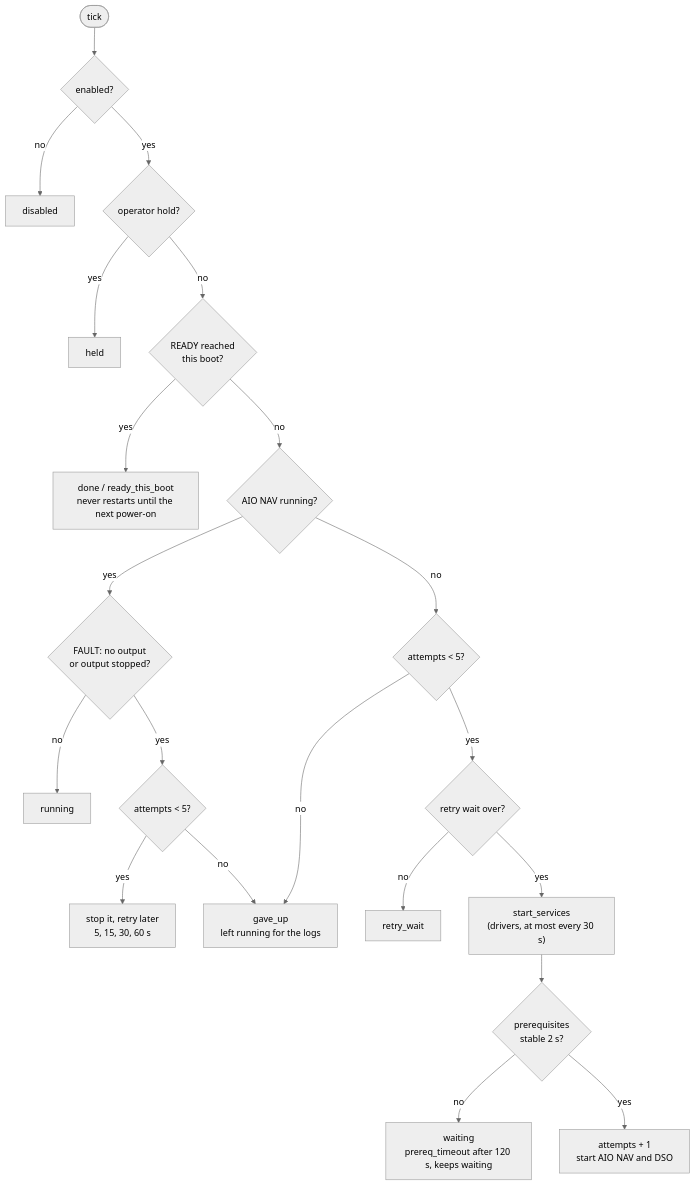
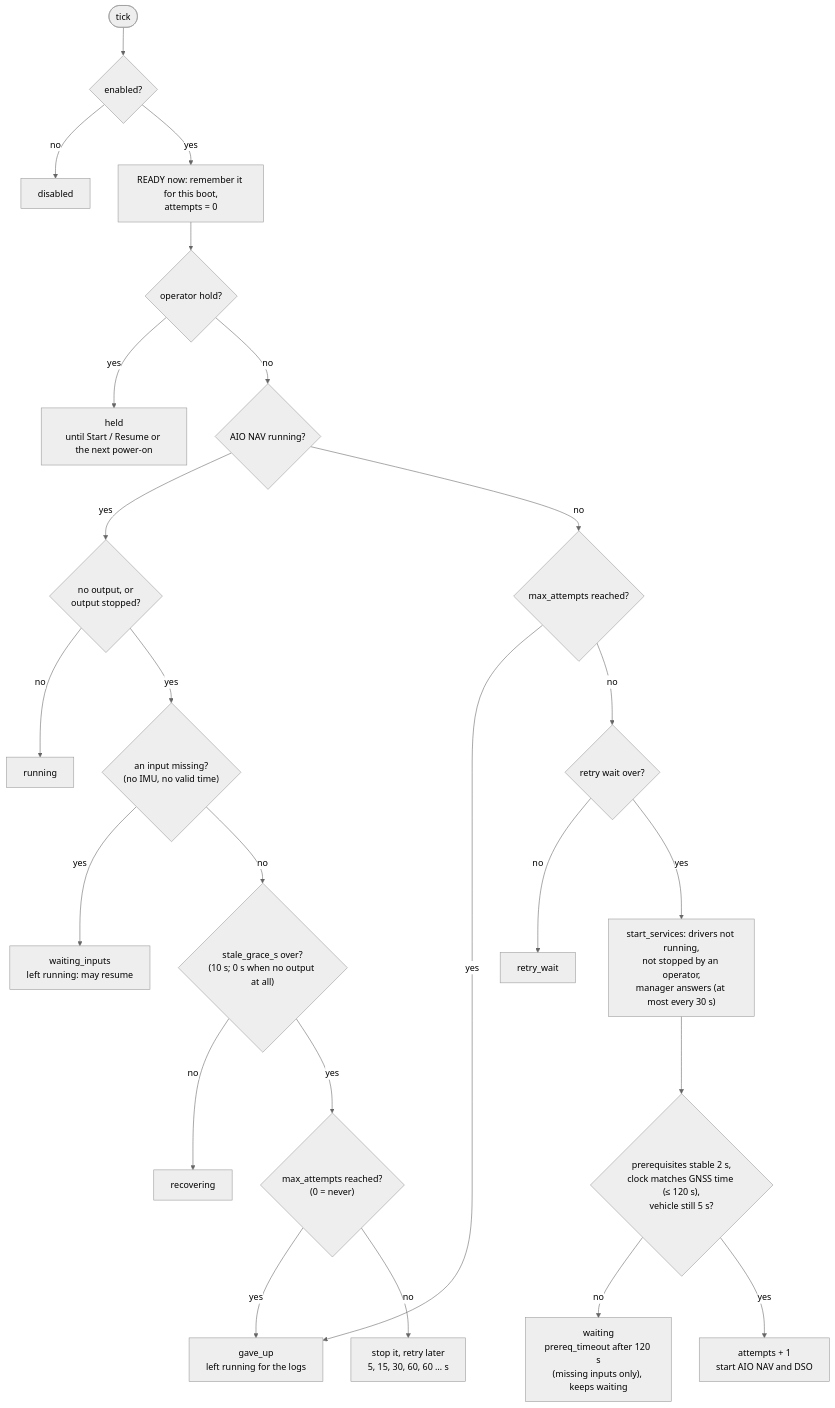
Before and after one commit to lemongrasses/web_monitor: the fourth of 6 diagrams in docs/FLOWS.md, drawn with Mermaid (neutral theme). The commit also changed other lines of this file and 4 other files, not shown here.

Commit message:
docs: installer system changes in both configuration manuals; hotspot copies need iw; FLOWS autostart chart matches the coordinator

````diff
--- a/docs/FLOWS.md
+++ b/docs/FLOWS.md
@@ -104,23 +104,26 @@
 ```mermaid
 flowchart TD
   T(["tick"]) --> E{"enabled?"}
   E -- no --> X0["disabled"]
-  E -- yes --> H{"operator hold?"}
-  H -- yes --> X1["held"]
-  H -- no --> R{"READY reached<br/>this boot?"}
-  R -- yes --> X2["done / ready_this_boot<br/>never restarts until the next power-on"]
-  R -- no --> U{"AIO NAV running?"}
-  U -- yes --> F{"FAULT: no output<br/>or output stopped?"}
+  E -- yes --> RD["READY now: remember it for this boot,<br/>attempts = 0"]
+  RD --> H{"operator hold?"}
+  H -- yes --> X1["held<br/>until Start / Resume or the next power-on"]
+  H -- no --> U{"AIO NAV running?"}
+  U -- yes --> F{"no output, or<br/>output stopped?"}
   F -- no --> X3["running"]
-  F -- yes --> A1{"attempts < 5?"}
-  A1 -- yes --> S1["stop it, retry later<br/>5, 15, 30, 60 s"]
-  A1 -- no --> X4["gave_up<br/>left running for the logs"]
-  U -- no --> A2{"attempts < 5?"}
-  A2 -- no --> X4
-  A2 -- yes --> W{"retry wait over?"}
+  F -- yes --> I{"an input missing?<br/>(no IMU, no valid time)"}
+  I -- yes --> X7["waiting_inputs<br/>left running: may resume"]
+  I -- no --> G{"stale_grace_s over?<br/>(10 s; 0 s when no output at all)"}
+  G -- no --> X8["recovering"]
+  G -- yes --> A1{"max_attempts reached?<br/>(0 = never)"}
+  A1 -- yes --> X4["gave_up<br/>left running for the logs"]
+  A1 -- no --> S1["stop it, retry later<br/>5, 15, 30, 60, 60 … s"]
+  U -- no --> A2{"max_attempts reached?"}
+  A2 -- yes --> X4
+  A2 -- no --> W{"retry wait over?"}
   W -- no --> X5["retry_wait"]
-  W -- yes --> SV["start_services<br/>(drivers, at most every 30 s)"]
-  SV --> P{"prerequisites<br/>stable 2 s?"}
-  P -- no --> X6["waiting<br/>prereq_timeout after 120 s, keeps waiting"]
+  W -- yes --> SV["start_services: drivers not running,<br/>not stopped by an operator,<br/>manager answers (at most every 30 s)"]
+  SV --> P{"prerequisites stable 2 s,<br/>clock matches GNSS time (≤ 120 s),<br/>vehicle still 5 s?"}
+  P -- no --> X6["waiting<br/>prereq_timeout after 120 s<br/>(missing inputs only), keeps waiting"]
   P -- yes --> L["attempts + 1<br/>start AIO NAV and DSO"]
 ```
````
